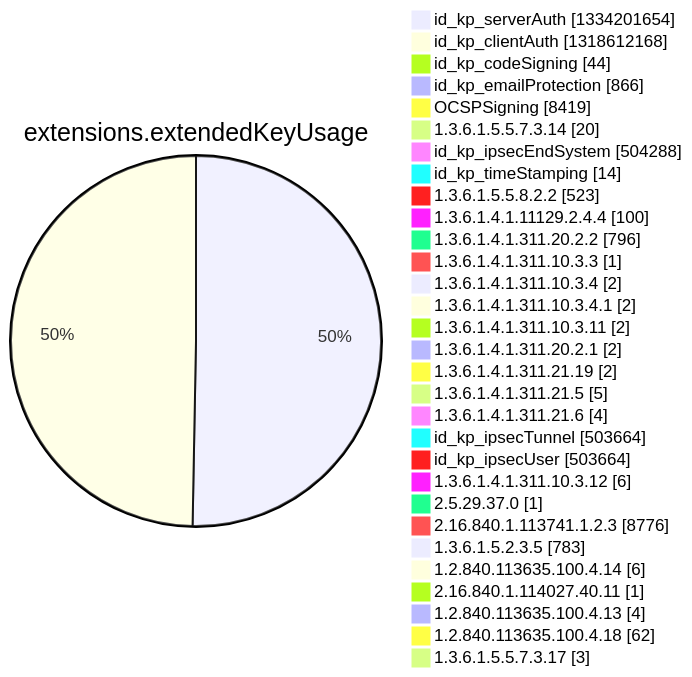
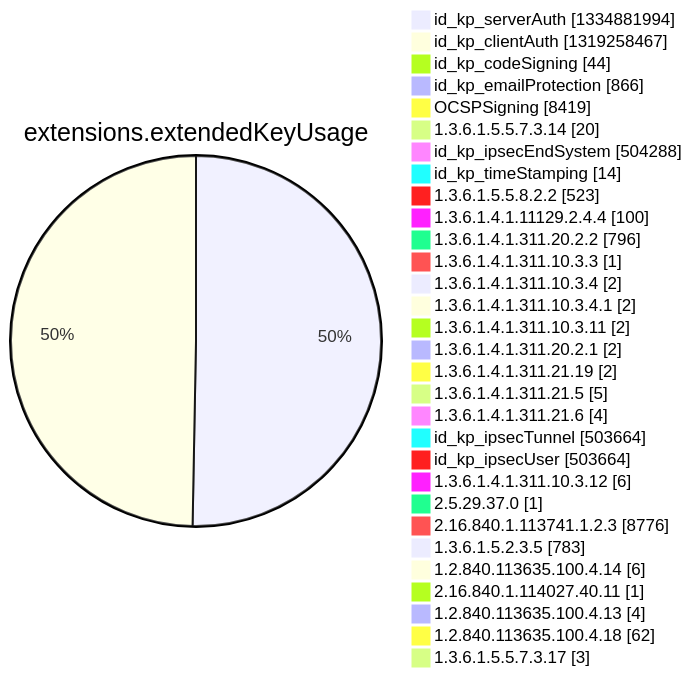
Diagram 12 of 15 in argon2022/README.md (christiankrug/ctmonitor_visualization), drawn with Mermaid before and after one commit. The commit also changed other lines of this file, not shown here.

````diff
--- a/argon2022/README.md
+++ b/argon2022/README.md
@@ -3553,34 +3553,34 @@
 ```mermaid
 pie showData
 title extensions.extendedKeyUsage
-"id_kp_serverAuth" :1334201654
-"id_kp_clientAuth" :1318612168
+"id_kp_serverAuth" :1334881994
+"id_kp_clientAuth" :1319258467
 "id_kp_codeSigning" :44
 "id_kp_emailProtection" :866
 "OCSPSigning" :8419
 "1.3.6.1.5.5.7.3.14" :20
 "id_kp_ipsecEndSystem" :504288
 "id_kp_timeStamping" :14
 "1.3.6.1.5.5.8.2.2" :523
 "1.3.6.1.4.1.11129.2.4.4" :100
 "1.3.6.1.4.1.311.20.2.2" :796
 "1.3.6.1.4.1.311.10.3.3" :1
 "1.3.6.1.4.1.311.10.3.4" :2
 "1.3.6.1.4.1.311.10.3.4.1" :2
 "1.3.6.1.4.1.311.10.3.11" :2
 "1.3.6.1.4.1.311.20.2.1" :2
 "1.3.6.1.4.1.311.21.19" :2
 "1.3.6.1.4.1.311.21.5" :5
 "1.3.6.1.4.1.311.21.6" :4
 "id_kp_ipsecTunnel" :503664
 "id_kp_ipsecUser" :503664
 "1.3.6.1.4.1.311.10.3.12" :6
 "2.5.29.37.0" :1
 "2.16.840.1.113741.1.2.3" :8776
 "1.3.6.1.5.2.3.5" :783
 "1.2.840.113635.100.4.14" :6
 "2.16.840.1.114027.40.11" :1
 "1.2.840.113635.100.4.13" :4
 "1.2.840.113635.100.4.18" :62
 "1.3.6.1.5.5.7.3.17" :3
 ```
````
